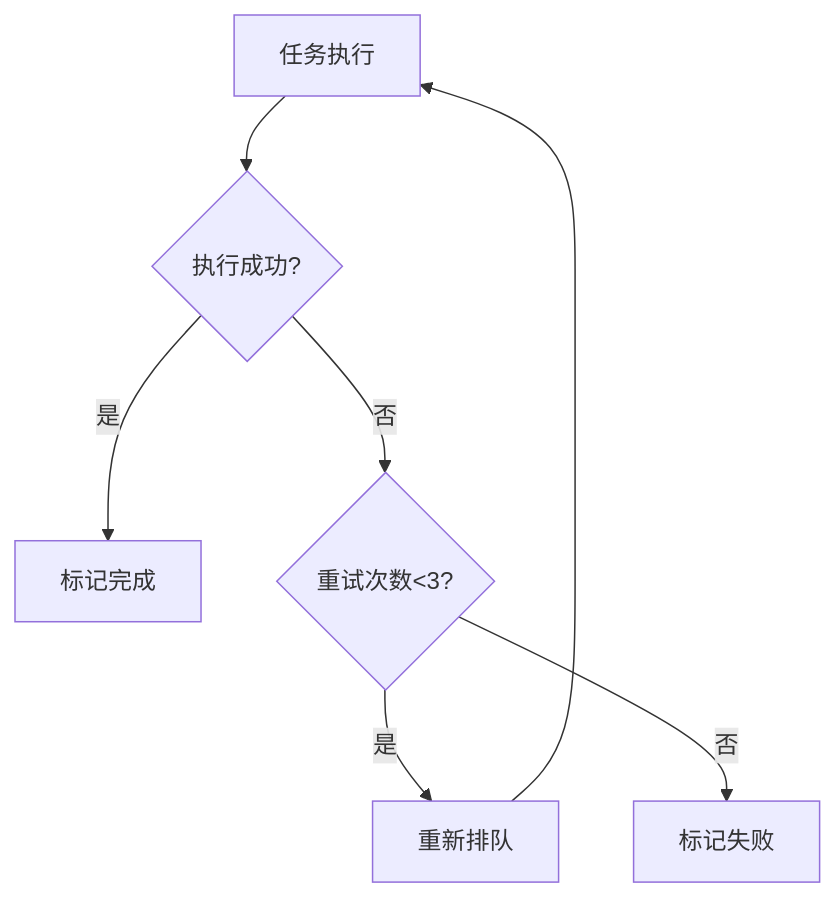
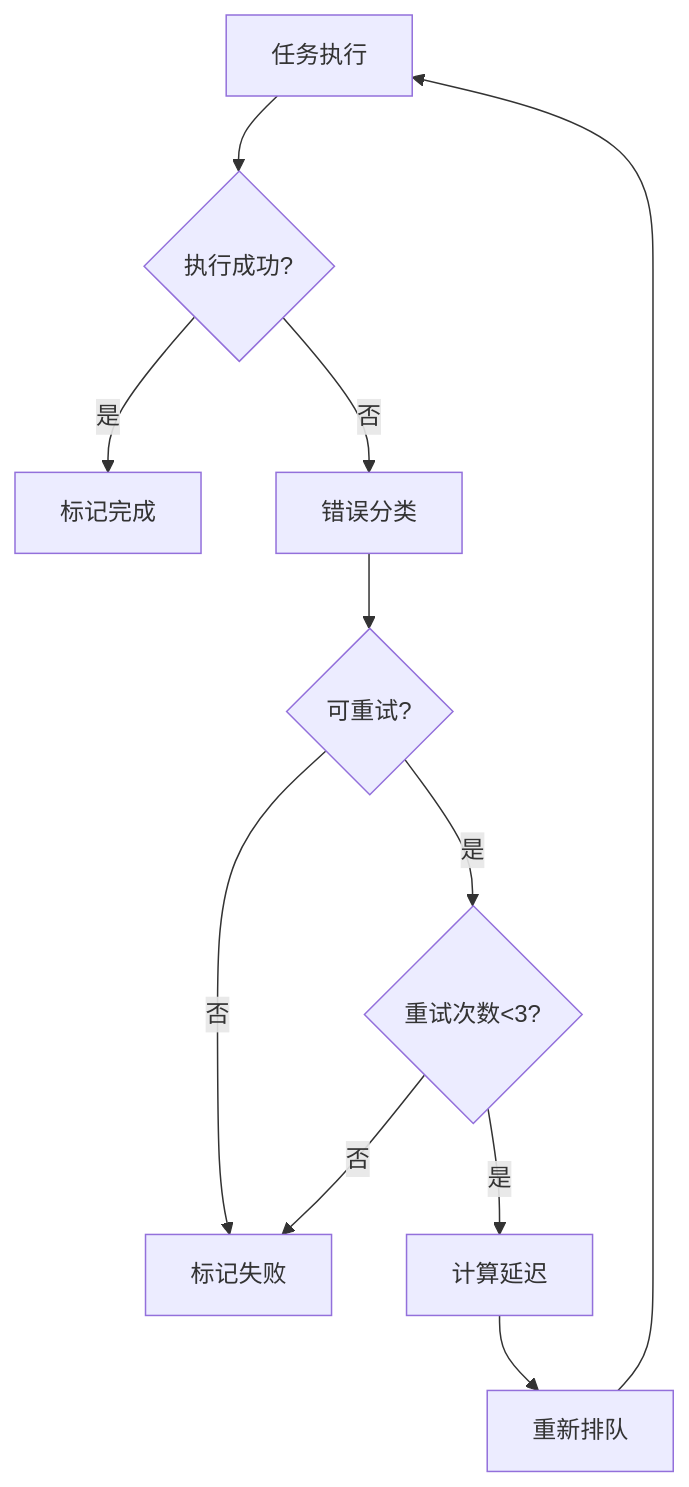
Before and after one commit to NanamiAkari/DocumentConvert: the third of 3 diagrams in .trae/documents/TASK_PROCESSING_GUIDE.md, drawn with Mermaid. The commit also changed other lines of this file and 86 other files, not shown here.

````diff
--- a/.trae/documents/TASK_PROCESSING_GUIDE.md
+++ b/.trae/documents/TASK_PROCESSING_GUIDE.md
@@ -289,9 +1138,13 @@
 ```mermaid
 graph TD
     A[任务执行] --> B{执行成功?}
     B -->|是| C[标记完成]
-    B -->|否| D{重试次数<3?}
-    D -->|是| E[重新排队]
-    D -->|否| F[标记失败]
-    E --> A
+    B -->|否| D[错误分类]
+    D --> E{可重试?}
+    E -->|否| F[标记失败]
+    E -->|是| G{重试次数<3?}
+    G -->|否| F
+    G -->|是| H[计算延迟]
+    H --> I[重新排队]
+    I --> A
 ```
````
